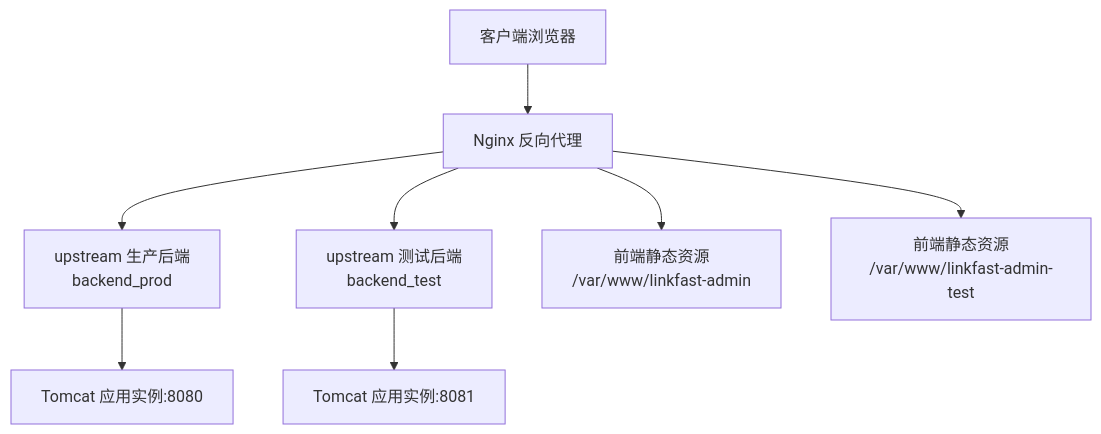
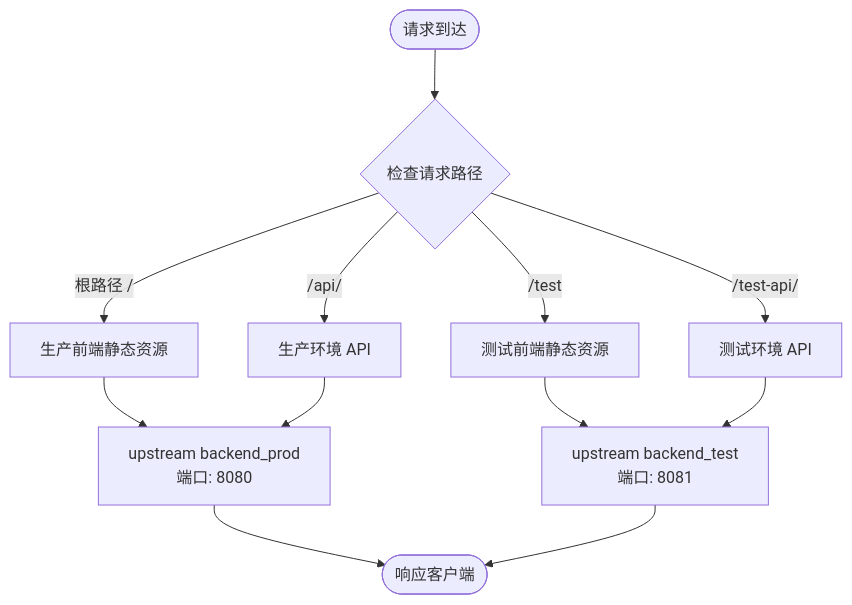
The third of 9 diagrams in .qoder/repowiki/zh/content/部署与运维/Nginx 配置/多实例 Nginx 配置.md (liaowenxiong/link-fast), drawn with Mermaid before and after one commit. The commit also changed other lines of this file and 9 other files, not shown here.

````diff
--- a/.qoder/repowiki/zh/content/部署与运维/Nginx 配置/多实例 Nginx 配置.md
+++ b/.qoder/repowiki/zh/content/部署与运维/Nginx 配置/多实例 Nginx 配置.md
@@ -46,10 +159,14 @@
 ```mermaid
-graph TB
-client["客户端浏览器"] --> nginx["Nginx 反向代理"]
-nginx --> prod_up["upstream 生产后端<br/>backend_prod"]
-nginx --> test_up["upstream 测试后端<br/>backend_test"]
-prod_up --> tomcat8080["Tomcat 应用实例:8080"]
-test_up --> tomcat8081["Tomcat 应用实例:8081"]
-nginx --> admin_ui["前端静态资源<br/>/var/www/linkfast-admin"]
-nginx --> test_ui["前端静态资源<br/>/var/www/linkfast-admin-test"]
+flowchart TD
+Start([请求到达]) --> CheckEnv{"检查请求路径"}
+CheckEnv --> |根路径 /| ProdFrontend["生产前端静态资源"]
+CheckEnv --> |/api/| ProdAPI["生产环境 API"]
+CheckEnv --> |/test| TestFrontend["测试前端静态资源"]
+CheckEnv --> |/test-api/| TestAPI["测试环境 API"]
+ProdFrontend --> ProdUpstream["upstream backend_prod<br/>端口: 8080"]
+ProdAPI --> ProdUpstream
+TestFrontend --> TestUpstream["upstream backend_test<br/>端口: 8081"]
+TestAPI --> TestUpstream
+ProdUpstream --> End([响应客户端])
+TestUpstream --> End
 ```
````
